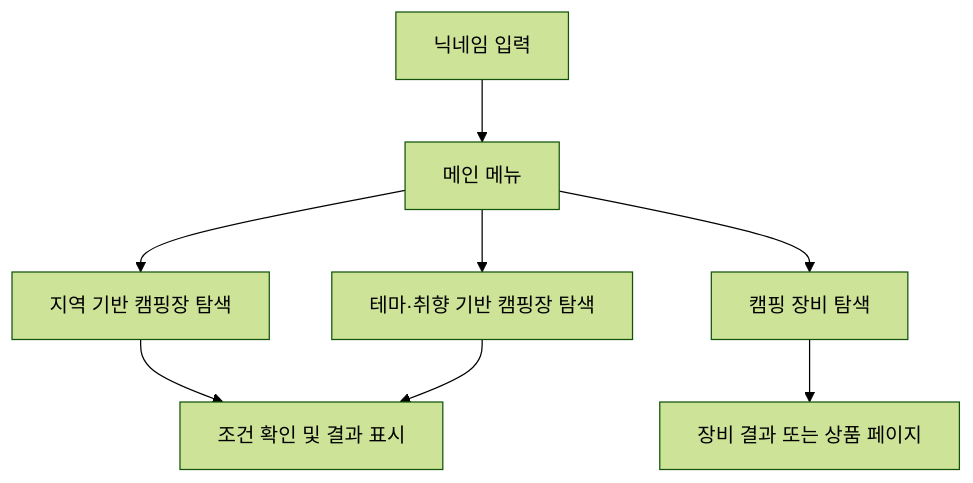
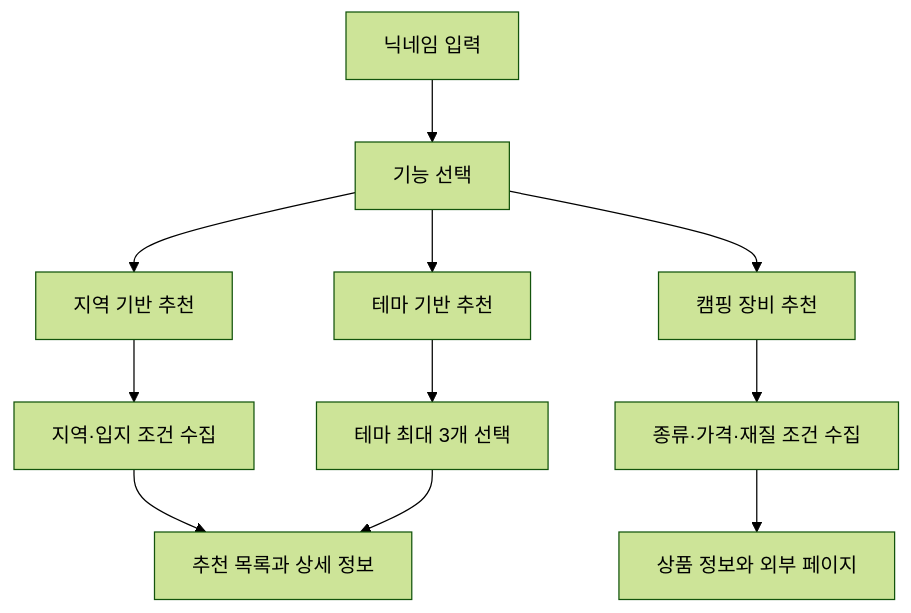
Before and after one commit to minjuko/2022capstone: the first of 2 diagrams in README.md, drawn with Mermaid (forest theme). The commit also changed other lines of this file, not shown here.

````diff
--- a/README.md
+++ b/README.md
@@ -34,10 +44,13 @@
 ```mermaid
 flowchart TD
-    N[닉네임 입력] --> M[메인 메뉴]
-    M --> R[지역 기반 캠핑장 탐색]
-    M --> T[테마·취향 기반 캠핑장 탐색]
-    M --> E[캠핑 장비 탐색]
-    R --> C[조건 확인 및 결과 표시]
-    T --> C
-    E --> P[장비 결과 또는 상품 페이지]
+    N[닉네임 입력] --> M[기능 선택]
+    M --> R[지역 기반 추천]
+    M --> T[테마 기반 추천]
+    M --> E[캠핑 장비 추천]
+    R --> RS[지역·입지 조건 수집]
+    T --> TS[테마 최대 3개 선택]
+    E --> ES[종류·가격·재질 조건 수집]
+    RS --> C[추천 목록과 상세 정보]
+    TS --> C
+    ES --> P[상품 정보와 외부 페이지]
 ```
````
